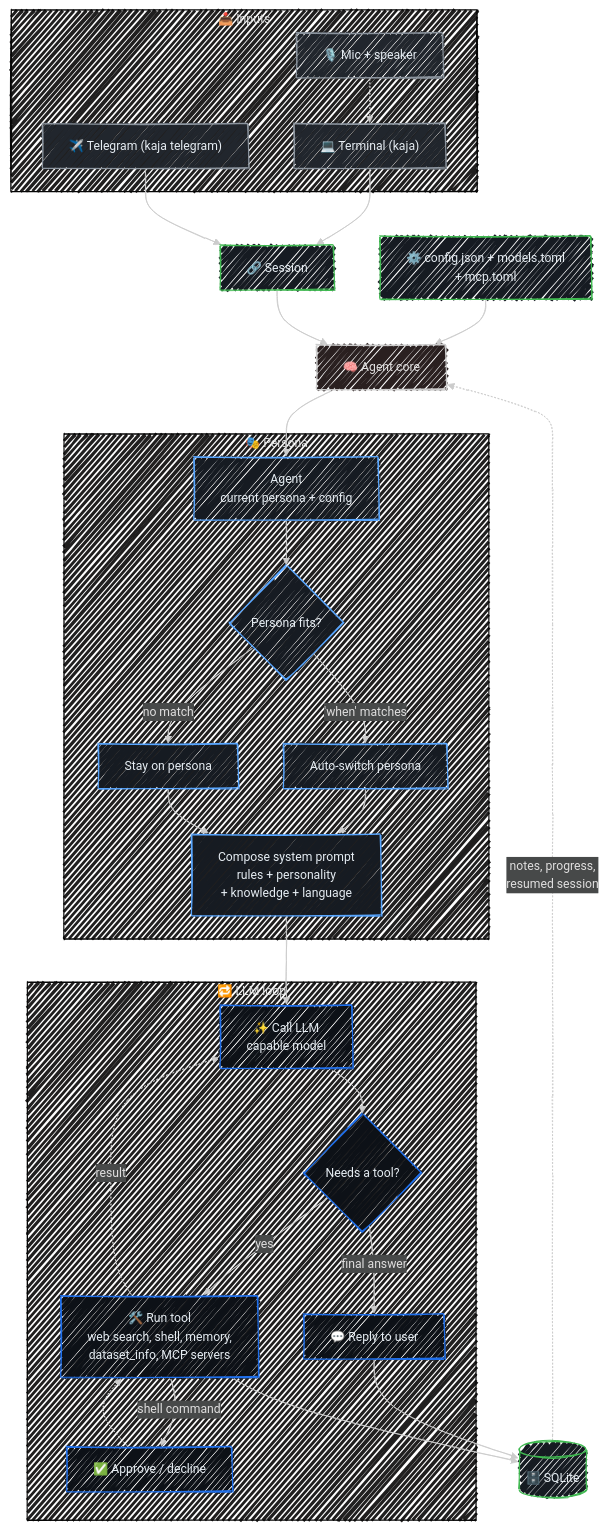
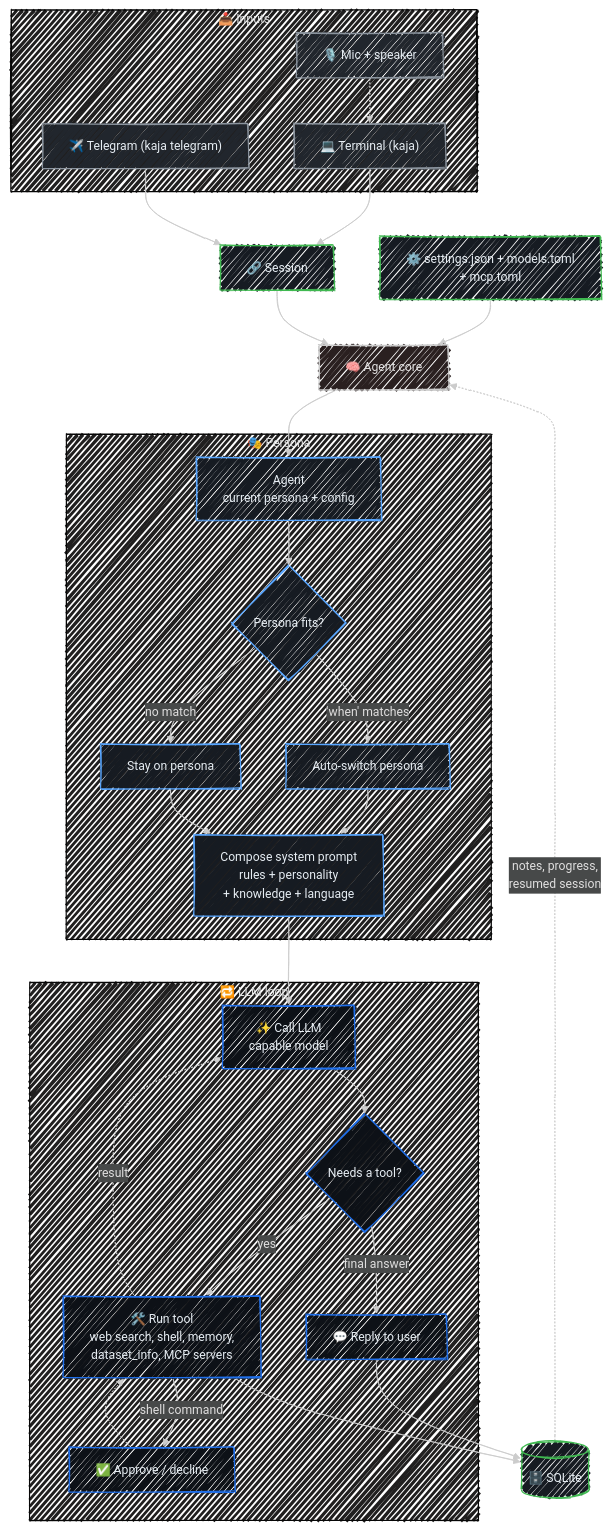
Before and after one commit to SubZtep/kaja: the diagram in docs/flow.md, drawn with Mermaid. The commit also changed 52 other files, not shown here.

Commit message:
refactor(cli): rename config to settings json

````diff
--- a/docs/flow.md
+++ b/docs/flow.md
@@ -12,54 +12,54 @@
 ```mermaid
 ---
 config:
   look: handDrawn
   theme: neo-dark
 ---
 flowchart TD
     subgraph Inputs["📥 Inputs"]
         Term["💻 Terminal (kaja)"]
         Tele["✈️ Telegram (kaja telegram)"]
         Voice["🎙️ Mic + speaker"]
     end
     Voice -.-> Term
     Term --> Session
     Tele --> Session
-    Config["⚙️ config.json + models.toml\n+ mcp.toml"] --> Core
+    Config["⚙️ settings.json + models.toml\n+ mcp.toml"] --> Core
 
     Session["🔗 Session"] --> Core
     Core["🧠 Agent core"] --> Agent
 
     subgraph Persona["🎭 Persona"]
         Agent["Agent\ncurrent persona + config"] --> Route{"Persona fits?"}
         Route -->|"'when' matches"| Switch["Auto-switch persona"]
         Route -->|"no match"| Stay["Stay on persona"]
         Switch --> Prompt
         Stay --> Prompt
         Prompt["Compose system prompt\nrules + personality\n+ knowledge + language"]
     end
 
     Prompt --> CallLLM
 
     subgraph LLMLoop["🔁 LLM loop"]
         CallLLM["✨ Call LLM\ncapable model"] --> Decide{"Needs a tool?"}
         Decide -->|yes| RunTool["🛠️ Run tool\nweb search, shell, memory,\ndataset_info, MCP servers"]
         RunTool -->|"shell command"| Confirm["✅ Approve / decline"]
         Confirm -.-> RunTool
         RunTool -.->|"result"| CallLLM
         Decide -->|"final answer"| Reply["💬 Reply to user"]
     end
 
     Reply --> DB
     RunTool --> DB
     DB[("🗄️ SQLite")]
     DB -.->|"notes, progress,\nresumed session"| Core
 
     classDef inputs fill:#21262d,stroke:#8b949e,color:#e6edf3
     classDef persona fill:#161b22,stroke:#58a6ff,color:#e6edf3
     classDef loop fill:#0d1117,stroke:#1f6feb,color:#e6edf3
     classDef store fill:#161b22,stroke:#3fb950,color:#e6edf3
     class Term,Tele,Voice inputs
     class Agent,Route,Switch,Stay,Prompt persona
     class CallLLM,Decide,RunTool,Confirm,Reply loop
     class DB,Config,Session store
 ```
````
